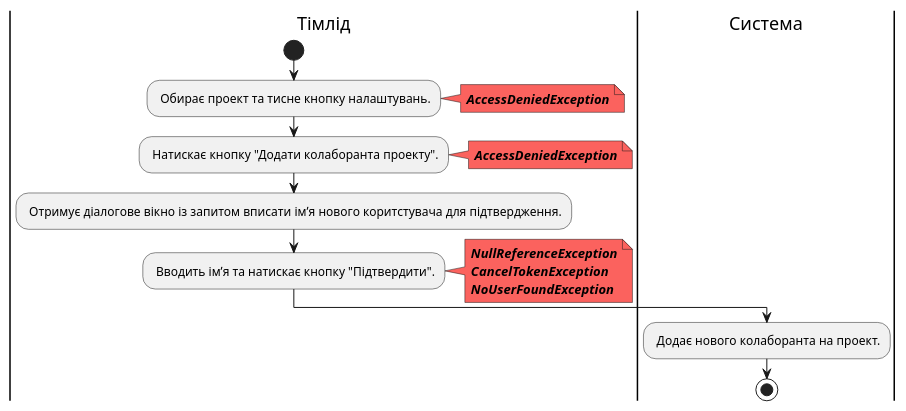
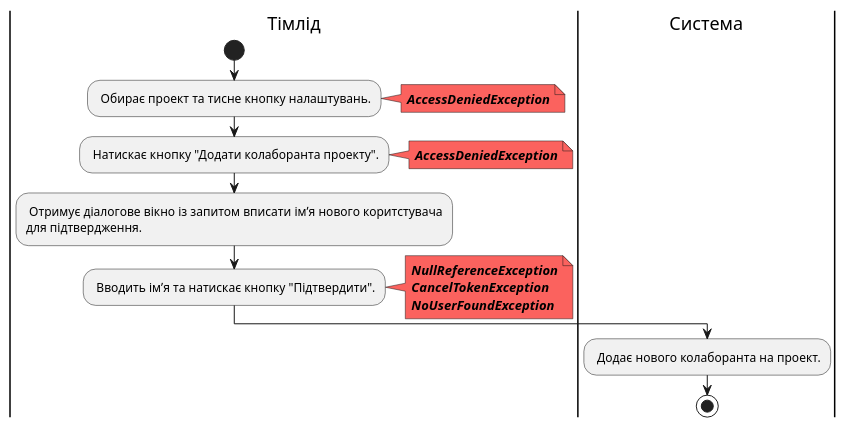
One commit to stbestichhh/db_project-manager changed diagram 17 of 19 in docs/use cases/README.md. Above: the diagram before and after it, drawn with PlantUML. The commit also changed other lines of this file, not shown here.

Commit message:
Fixed diagrams

```diff
--- a/docs/use cases/README.md
+++ b/docs/use cases/README.md
@@ -611,25 +615,26 @@
 @startuml
 
 |Тімлід|
 start;
 : Обирає проект та тисне кнопку налаштувань.;
 note right #fb625e
 <b><i>AccessDeniedException
 end note
 : Натискає кнопку "Додати колаборанта проекту".;
 note right #fb625e
 <b><i>AccessDeniedException
 end note
-: Отримує діалогове вікно із запитом вписати імʼя нового коритстувача для підтвердження.;
+: Отримує діалогове вікно із запитом вписати імʼя нового коритстувача 
+для підтвердження.;
 : Вводить імʼя та натискає кнопку "Підтвердити".;
 note right #fb625e
 <b><i>NullReferenceException
 <b><i>CancelTokenException
 <b><i>NoUserFoundException
 end note
 
 |Система|
 : Додає нового колаборанта на проект.;
 stop;
 
 @enduml
```
